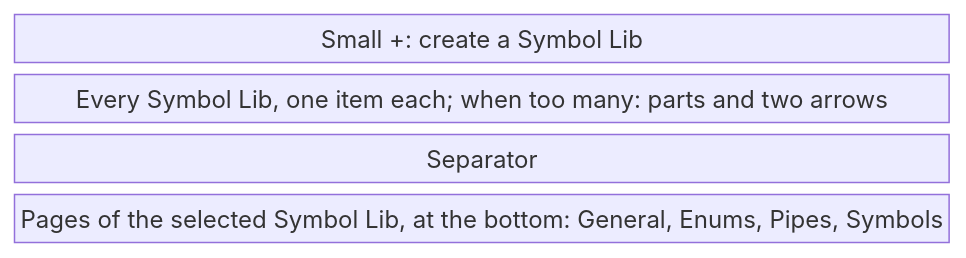
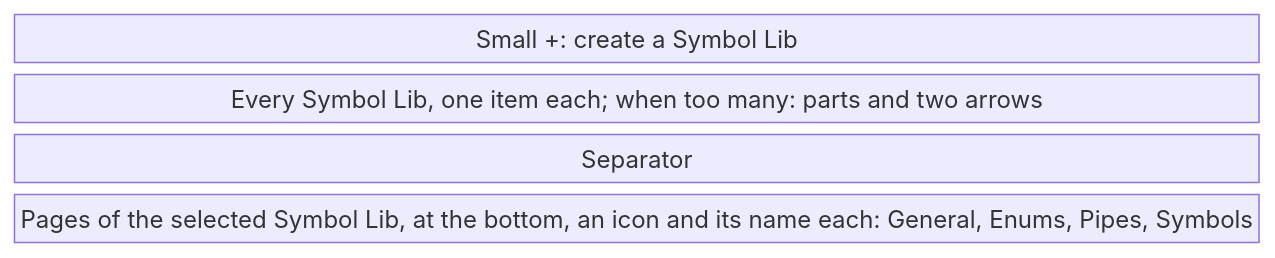
Before and after one commit to AlexandreGallais/synoptic-studio-spec: the first of 14 diagrams in screens/symbols.md, drawn with Mermaid. The commit also changed other lines of this file and 3 other files, not shown here.

````diff
--- a/screens/symbols.md
+++ b/screens/symbols.md
@@ -11,8 +11,8 @@
 ```mermaid
 block-beta
     columns 1
     add["Small +: create a Symbol Lib"]
     libs["Every Symbol Lib, one item each; when too many: parts and two arrows"]
     sep["Separator"]
-    pages["Pages of the selected Symbol Lib, at the bottom: General, Enums, Pipes, Symbols"]
+    pages["Pages of the selected Symbol Lib, at the bottom, an icon and its name each: General, Enums, Pipes, Symbols"]
 ```
````
